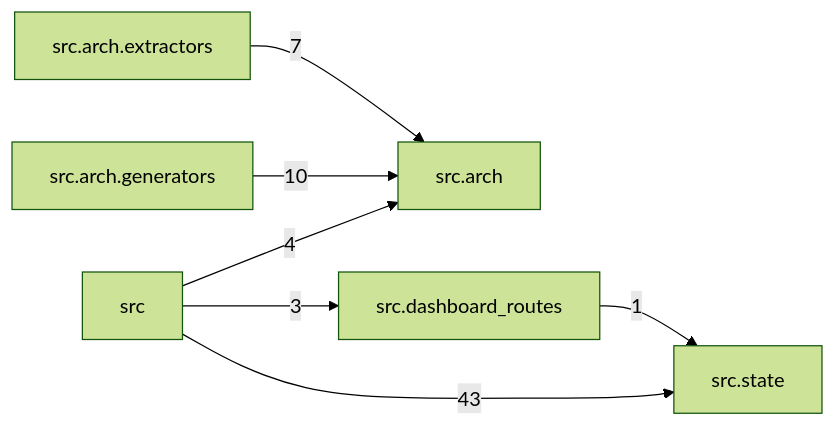
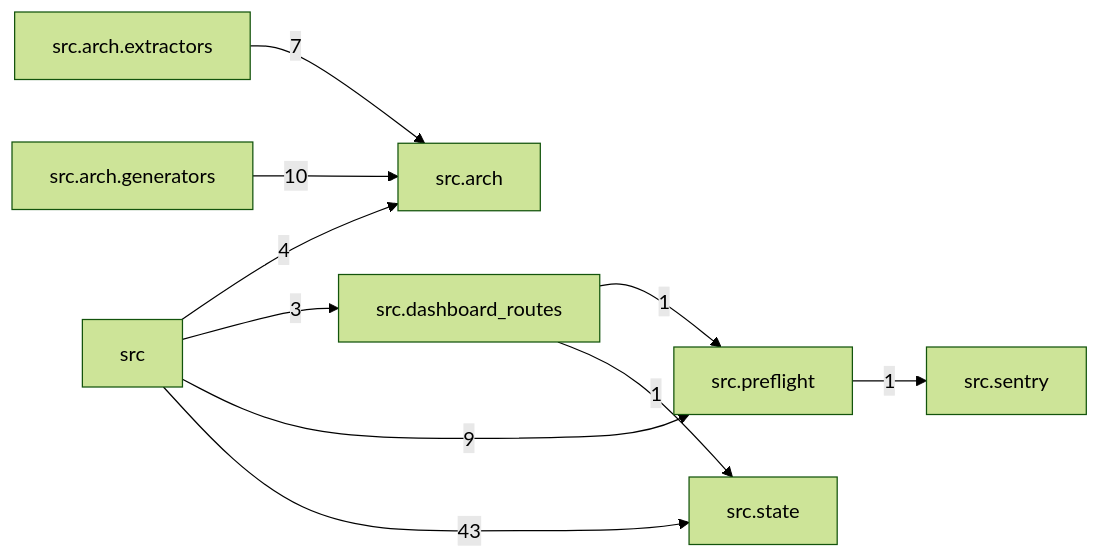
The diagram in docs/arch/generated/modules.md (T-rav/hyrdaflow), drawn with Mermaid (forest theme) before and after one commit. The commit also changed other lines of this file and 11 other files, not shown here.

````diff
--- a/docs/arch/generated/modules.md
+++ b/docs/arch/generated/modules.md
@@ -7,15 +7,20 @@
 ```mermaid
 graph LR
     src["src"]
     src_arch["src.arch"]
     src_arch_extractors["src.arch.extractors"]
     src_arch_generators["src.arch.generators"]
     src_dashboard_routes["src.dashboard_routes"]
+    src_preflight["src.preflight"]
+    src_sentry["src.sentry"]
     src_state["src.state"]
     src -- "4" --> src_arch
     src -- "3" --> src_dashboard_routes
+    src -- "9" --> src_preflight
     src -- "43" --> src_state
     src_arch_extractors -- "7" --> src_arch
     src_arch_generators -- "10" --> src_arch
+    src_dashboard_routes -- "1" --> src_preflight
     src_dashboard_routes -- "1" --> src_state
+    src_preflight -- "1" --> src_sentry
 ```
````
